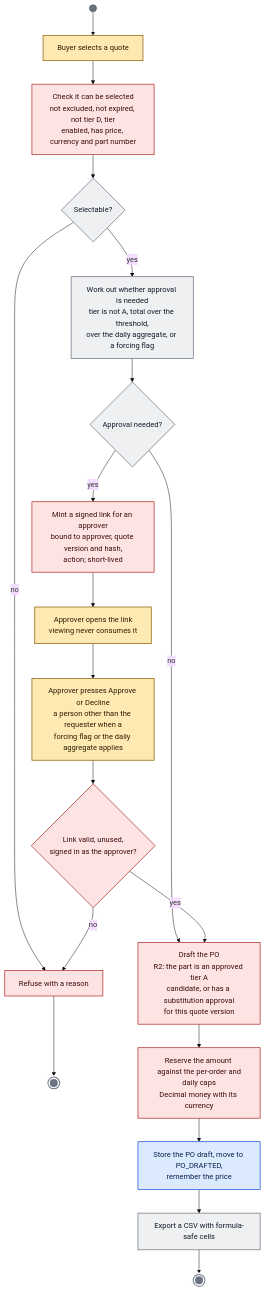
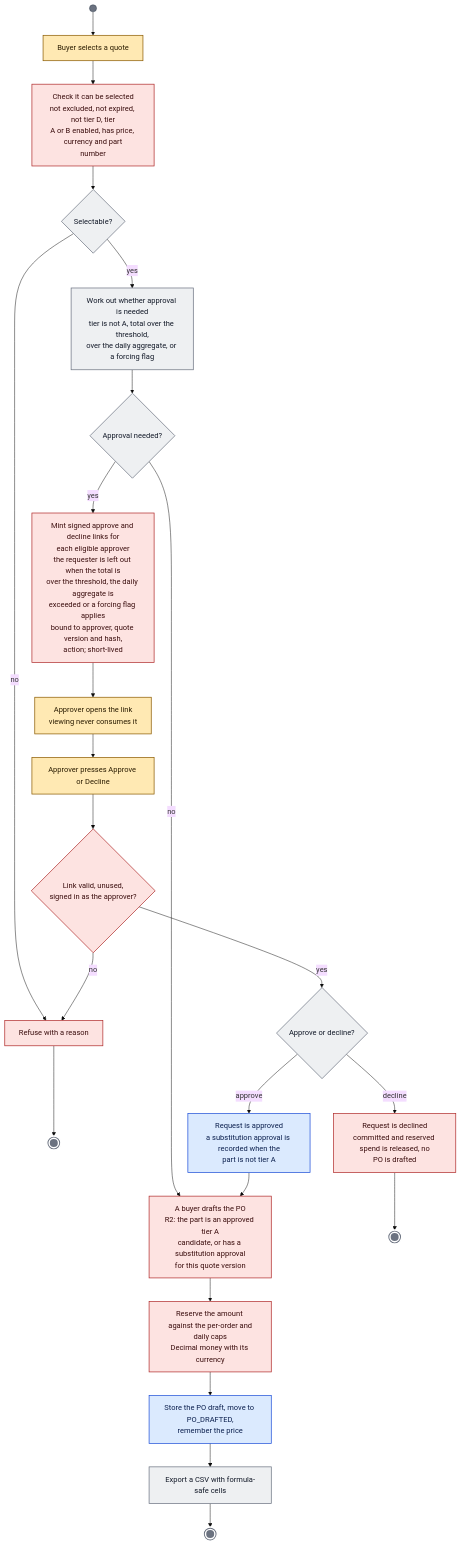
One commit to emre-akarsu/ai-commerce-ideas changed diagram 14 of 33 in docs/architecture/activity-diagrams.md. Above: the diagram before and after it, drawn with Mermaid (base theme). The commit also changed other lines of this file, not shown here.

First line of the commit message:
docs: correct the activity diagrams after an independent fact-check of the remaining modules and optimizations

````diff
--- a/docs/architecture/activity-diagrams.md
+++ b/docs/architecture/activity-diagrams.md
@@ -507,29 +527,33 @@
 ```mermaid
 flowchart TB
 classDef human fill:#ffe9b3,stroke:#8a5a00,color:#2a1c00,stroke-width:1.5px
 classDef rule fill:#eef0f2,stroke:#6b7280,color:#111827,stroke-width:1.5px
 classDef ai fill:#e9e3ff,stroke:#5b3fc4,color:#1e1050,stroke-width:2.5px,stroke-dasharray:6 4
 classDef opt fill:#d8f3e4,stroke:#1b7a4a,color:#0b2e1b,stroke-width:1.5px
 classDef gate fill:#fde3e1,stroke:#b02b2b,color:#3a0d0d,stroke-width:1.5px
 classDef data fill:#dbeafe,stroke:#1d4ed8,color:#0b1f4d,stroke-width:1.5px
 classDef bar fill:#6b7280,stroke:#374151,color:#ffffff
 classDef fin fill:#6b7280,stroke:#ffffff,color:#ffffff,stroke-width:3px
 S((" ")):::bar --> p1["Buyer selects a quote"]:::human
-p1 --> p2["Check it can be selected<br/>not excluded, not expired, not tier D, tier<br/>enabled, has price, currency and part number"]:::gate
+p1 --> p2["Check it can be selected<br/>not excluded, not expired, not tier D, tier<br/>A or B enabled, has price, currency and part<br/>number"]:::gate
 p2 --> d1{"Selectable?"}:::rule
 d1 -->|"no"| X["Refuse with a reason"]:::gate
 X --> E1(((" "))):::fin
 d1 -->|"yes"| p3["Work out whether approval is needed<br/>tier is not A, total over the threshold,<br/>over the daily aggregate, or a forcing flag"]:::rule
 p3 --> d2{"Approval needed?"}:::rule
 d2 -->|"no"| p6
-d2 -->|"yes"| p4["Mint a signed link for an approver<br/>bound to approver, quote version and hash,<br/>action; short-lived"]:::gate
+d2 -->|"yes"| p4["Mint signed approve and decline links for<br/>each eligible approver<br/>the requester is left out when the total is<br/>over the threshold, the daily aggregate is<br/>exceeded or a forcing flag applies<br/>bound to approver, quote version and hash,<br/>action; short-lived"]:::gate
 p4 --> p5["Approver opens the link<br/>viewing never consumes it"]:::human
-p5 --> p5b["Approver presses Approve or Decline<br/>a person other than the requester when a<br/>forcing flag or the daily aggregate applies"]:::human
+p5 --> p5b["Approver presses Approve or Decline"]:::human
 p5b --> d3{"Link valid, unused,<br/>signed in as the approver?"}:::gate
 d3 -->|"no"| X
-d3 -->|"yes"| p6["Draft the PO<br/>R2: the part is an approved tier A<br/>candidate, or has a substitution approval<br/>for this quote version"]:::gate
+d3 -->|"yes"| d4{"Approve or decline?"}:::rule
+d4 -->|"decline"| p10["Request is declined<br/>committed and reserved spend is released, no<br/>PO is drafted"]:::gate
+p10 --> E3(((" "))):::fin
+d4 -->|"approve"| p5c["Request is approved<br/>a substitution approval is recorded when the<br/>part is not tier A"]:::data
+p5c --> p6["A buyer drafts the PO<br/>R2: the part is an approved tier A<br/>candidate, or has a substitution approval<br/>for this quote version"]:::gate
 p6 --> p7["Reserve the amount against the per-order and<br/>daily caps<br/>Decimal money with its currency"]:::gate
 p7 --> p8["Store the PO draft, move to PO_DRAFTED,<br/>remember the price"]:::data
 p8 --> p9["Export a CSV with formula-safe cells"]:::rule
 p9 --> E2(((" "))):::fin
 ```
````
